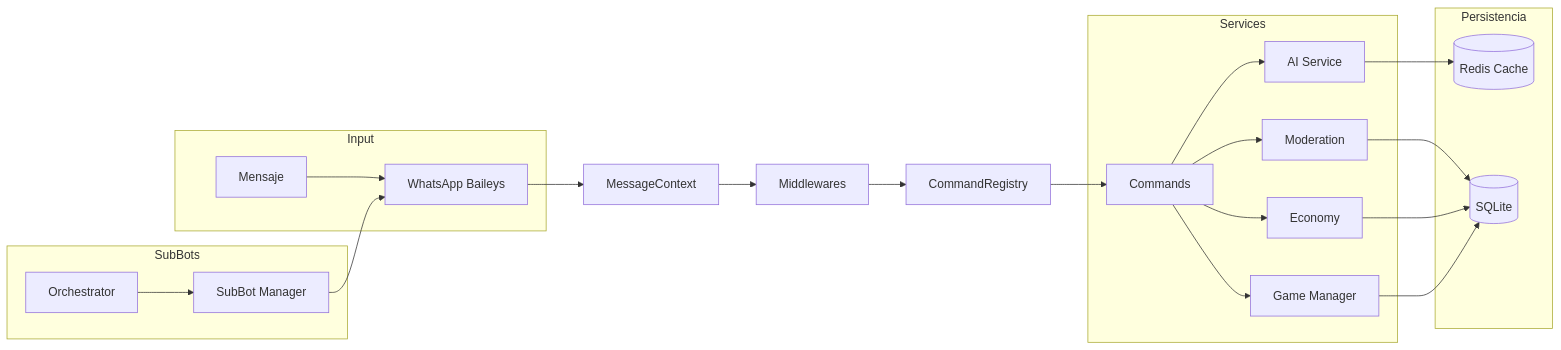
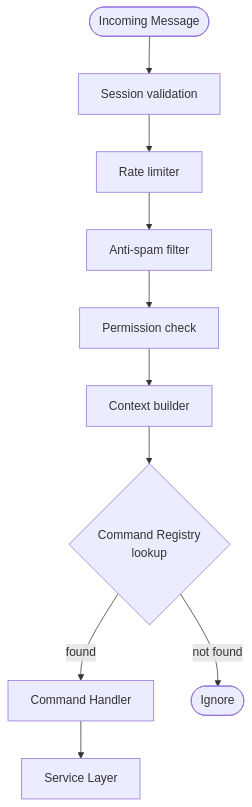
Before and after one commit to CARLOSGRCIAGRCIA/VaniaBot: the first of 3 diagrams in README.md, drawn with Mermaid. The commit also changed other lines of this file, not shown here.

````diff
--- a/README.md
+++ b/README.md
@@ -982,32 +31,12 @@
 ```mermaid
-flowchart LR
-    subgraph Input
-        MSG[Mensaje] --> WA[WhatsApp Baileys]
-    end
-
-    WA --> MC[MessageContext]
-    MC --> MW[Middlewares]
-    MW --> CR[CommandRegistry]
-    CR --> CMD[Commands]
-
-    subgraph Services
-        CMD --> AI[AI Service]
-        CMD --> MOD[Moderation]
-        CMD --> ECO[Economy]
-        CMD --> GM[Game Manager]
-    end
-
-    subgraph Persistencia
-        AI --> CACHE[(Redis Cache)]
-        MOD --> DB[(SQLite)]
-        ECO --> DB
-        GM --> DB
-    end
-
-    subgraph SubBots
-        OR[Orchestrator] --> SM[SubBot Manager]
-        SM --> WA
-    end
-
-
+flowchart TD
+    MSG([Incoming Message]) --> S1[Session validation]
+    S1 --> S2[Rate limiter]
+    S2 --> S3[Anti-spam filter]
+    S3 --> S4[Permission check]
+    S4 --> S5[Context builder]
+    S5 --> CR{Command Registry\nlookup}
+    CR -->|found| CMD[Command Handler]
+    CR -->|not found| IGN([Ignore])
+    CMD --> SVC[Service Layer]
 ```
````
